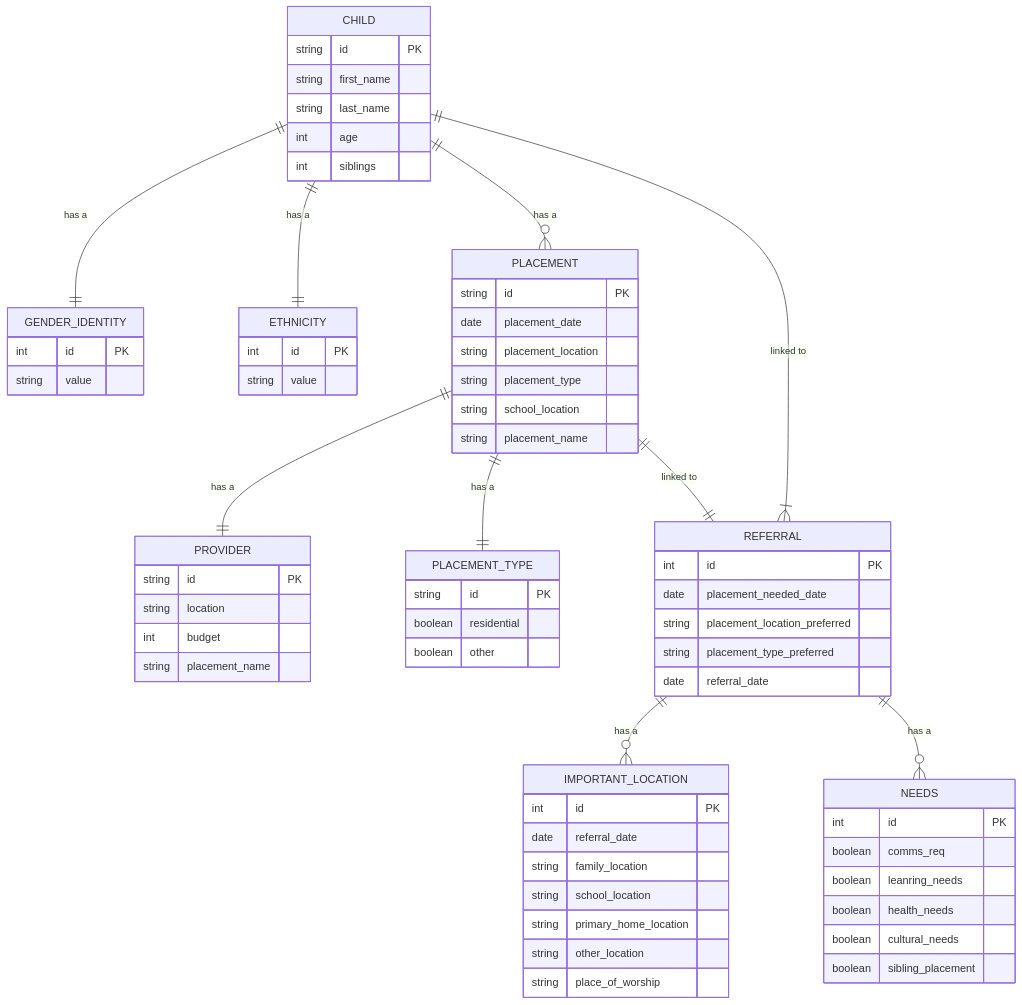
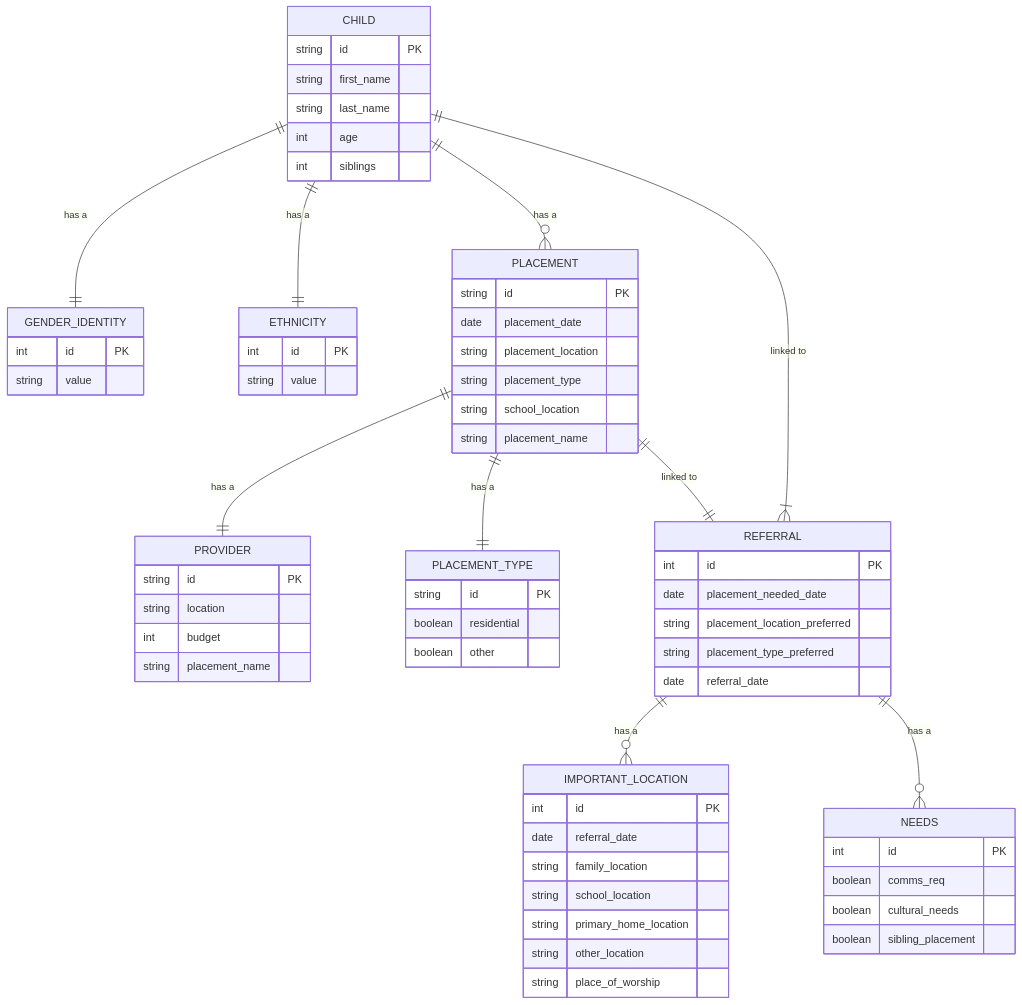
Before and after one commit to SocialFinanceDigitalLabs/sw-sufficiency-model: the diagram in README.md, drawn with Mermaid.

Commit message:
Update README.md
testing

````diff
--- a/README.md
+++ b/README.md
@@ -3,70 +3,68 @@
 ```mermaid
 erDiagram
     CHILD ||--|| GENDER_IDENTITY : "has a"
     CHILD ||--|| ETHNICITY : "has a"
     CHILD ||--o{ PLACEMENT : "has a"
     PLACEMENT ||--|| PROVIDER : "has a"
     PLACEMENT ||--|| PLACEMENT_TYPE: "has a"
     PLACEMENT ||--|| REFERRAL : "linked to"
     CHILD ||--|{ REFERRAL : "linked to"
     REFERRAL ||--o{ IMPORTANT_LOCATION : "has a"
     REFERRAL ||--o{ NEEDS : "has a"
     CHILD {
         string id PK
         string first_name
         string last_name
         int age
         int siblings
     }
     ETHNICITY {
         int id PK
         string value
     }
     GENDER_IDENTITY {
         int id PK
         string value
     }
     PLACEMENT {
         string id PK
         date placement_date
         string placement_location
         string placement_type
         string school_location
         string placement_name
     }
     PROVIDER {
         string id PK
         string location
         int budget
         string placement_name
     }
     PLACEMENT_TYPE {
         string id PK
         boolean residential
         boolean other    
     }
     REFERRAL {
         int id PK
         date placement_needed_date
         string placement_location_preferred
         string placement_type_preferred
         date referral_date
     }
     IMPORTANT_LOCATION {
         int id PK
         date referral_date
         string family_location
         string school_location
         string primary_home_location
         string other_location
         string place_of_worship
     }
     NEEDS {
         int id PK
         boolean comms_req
-        boolean leanring_needs
-        boolean health_needs
         boolean cultural_needs
         boolean sibling_placement
     }
 ```
````
